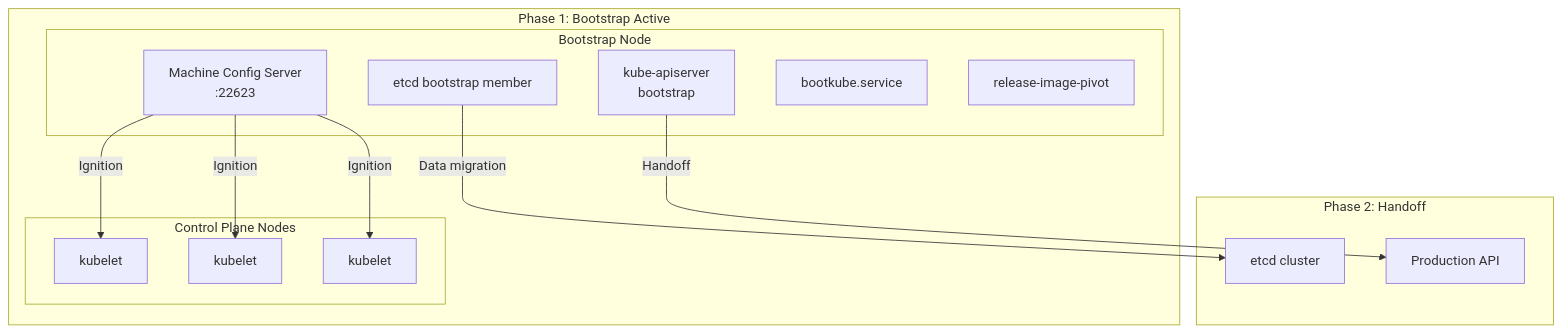
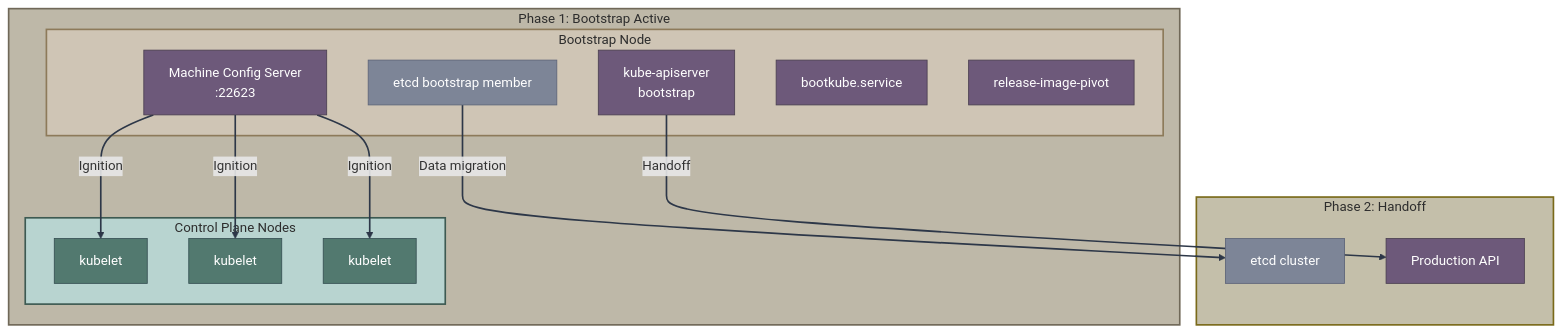
Before and after one commit to zszabo-rh/openshift-install-guide: the first of 5 diagrams in 02-traditional-installers/bootstrap-process.md, drawn with Mermaid. The commit also changed other lines of this file and 16 other files, not shown here.

Commit message:
improved diagram style

````diff
--- a/02-traditional-installers/bootstrap-process.md
+++ b/02-traditional-installers/bootstrap-process.md
@@ -13,27 +13,45 @@
 ```mermaid
 graph TB
-    subgraph "Phase 1: Bootstrap Active"
-        subgraph "Bootstrap Node"
+    subgraph phase1["Phase 1: Bootstrap Active"]
+        subgraph bootstrapnode["Bootstrap Node"]
             MCS[Machine Config Server<br/>:22623]
             ETCD_B[etcd bootstrap member]
             API_B[kube-apiserver<br/>bootstrap]
             BOOTKUBE[bootkube.service]
             RELEASE[release-image-pivot]
         end
         
-        subgraph "Control Plane Nodes"
+        subgraph cpnodes["Control Plane Nodes"]
             KUBELET1[kubelet]
             KUBELET2[kubelet]
             KUBELET3[kubelet]
         end
         
         MCS -->|Ignition| KUBELET1
         MCS -->|Ignition| KUBELET2
         MCS -->|Ignition| KUBELET3
     end
     
-    subgraph "Phase 2: Handoff"
+    subgraph phase2["Phase 2: Handoff"]
         ETCD_B -->|Data migration| ETCD[etcd cluster]
         API_B -->|Handoff| API[Production API]
     end
+    
+    style MCS fill:#6d597a,stroke:#4a3f50,color:#fff
+    style ETCD_B fill:#7d8597,stroke:#5c6378,color:#fff
+    style API_B fill:#6d597a,stroke:#4a3f50,color:#fff
+    style BOOTKUBE fill:#6d597a,stroke:#4a3f50,color:#fff
+    style RELEASE fill:#6d597a,stroke:#4a3f50,color:#fff
+    style KUBELET1 fill:#52796f,stroke:#354f52,color:#fff
+    style KUBELET2 fill:#52796f,stroke:#354f52,color:#fff
+    style KUBELET3 fill:#52796f,stroke:#354f52,color:#fff
+    style ETCD fill:#7d8597,stroke:#5c6378,color:#fff
+    style API fill:#6d597a,stroke:#4a3f50,color:#fff
+    
+    style phase1 fill:#beb8a8,stroke:#706858,stroke-width:2px,color:#2d2d2d
+    style bootstrapnode fill:#cfc5b5,stroke:#8d7a5a,stroke-width:2px,color:#2d2d2d
+    style cpnodes fill:#b8d4d0,stroke:#3d5a52,stroke-width:2px,color:#2d2d2d
+    style phase2 fill:#c4bfaa,stroke:#7a6a1a,stroke-width:2px,color:#2d2d2d
+    
+    linkStyle default stroke:#2d3748,stroke-width:2px
 ```
````
